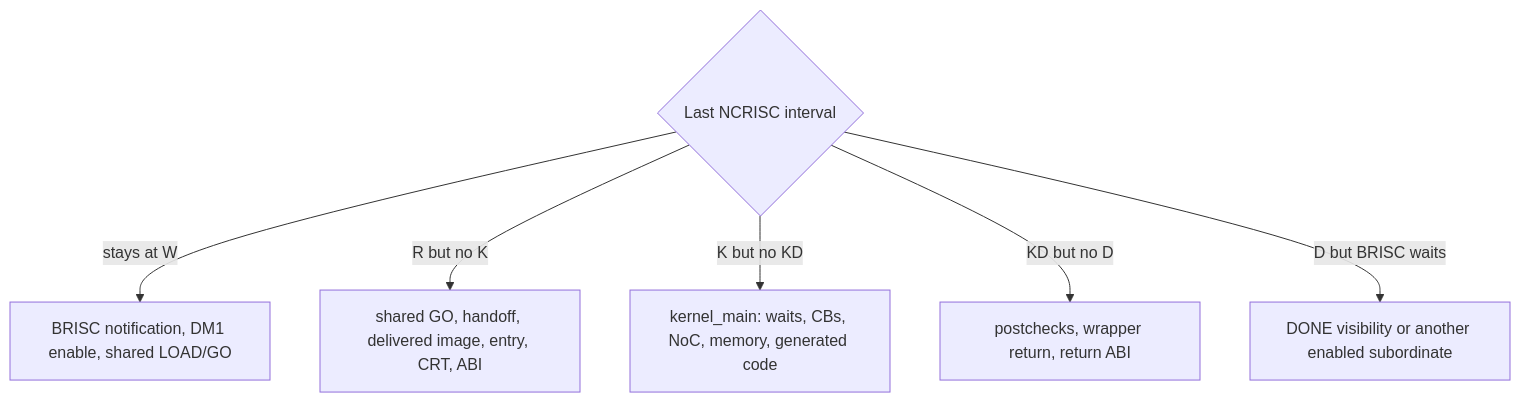
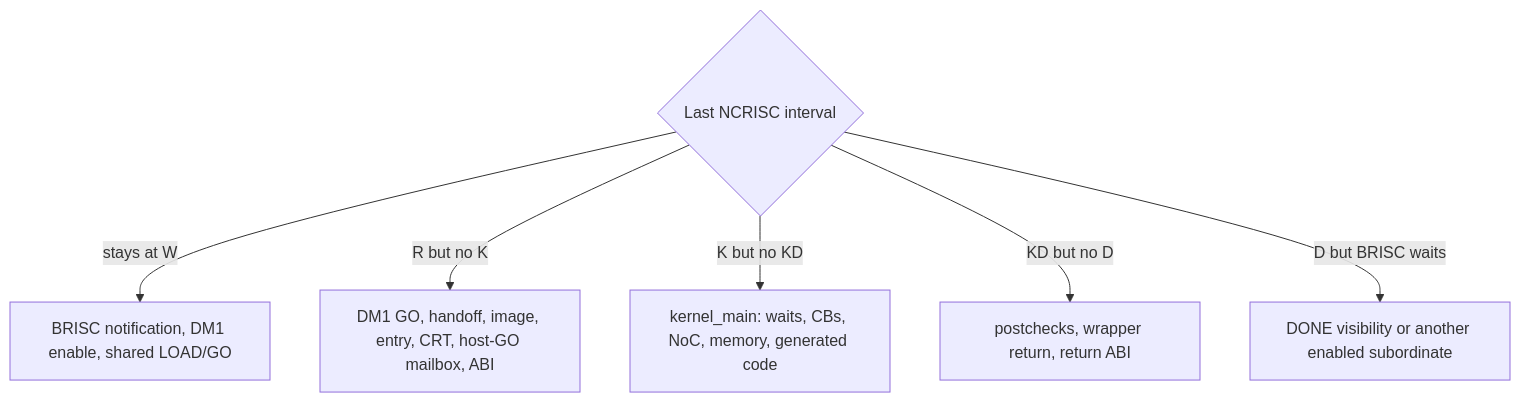
One commit to buicongnguyen/tt-sim changed the fifth of 20 diagrams in public/DISCUSSION_BLACKHOLE_BRINGUP.md. Above: the diagram before and after it, drawn with Mermaid. The commit also changed other lines of this file and 28 other files, not shown here.

````diff
--- a/public/DISCUSSION_BLACKHOLE_BRINGUP.md
+++ b/public/DISCUSSION_BLACKHOLE_BRINGUP.md
@@ -566,9 +581,9 @@
 ```mermaid
 flowchart TD
     W{Last NCRISC interval}
     W -->|stays at W| A[BRISC notification, DM1 enable, shared LOAD/GO]
-    W -->|R but no K| B[shared GO, handoff, delivered image, entry, CRT, ABI]
+    W -->|R but no K| B[DM1 GO, handoff, image, entry, CRT, host-GO mailbox, ABI]
     W -->|K but no KD| C[kernel_main: waits, CBs, NoC, memory, generated code]
     W -->|KD but no D| D[postchecks, wrapper return, return ABI]
     W -->|D but BRISC waits| E[DONE visibility or another enabled subordinate]
 ```
````
